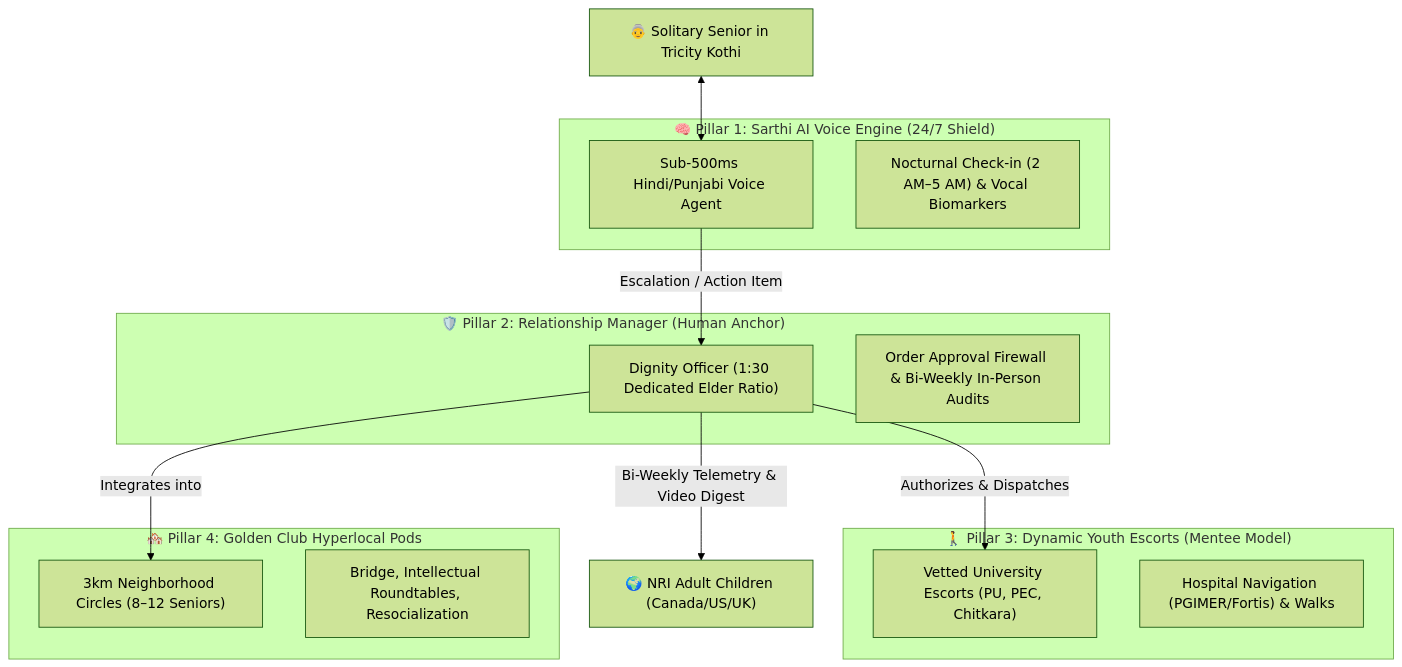
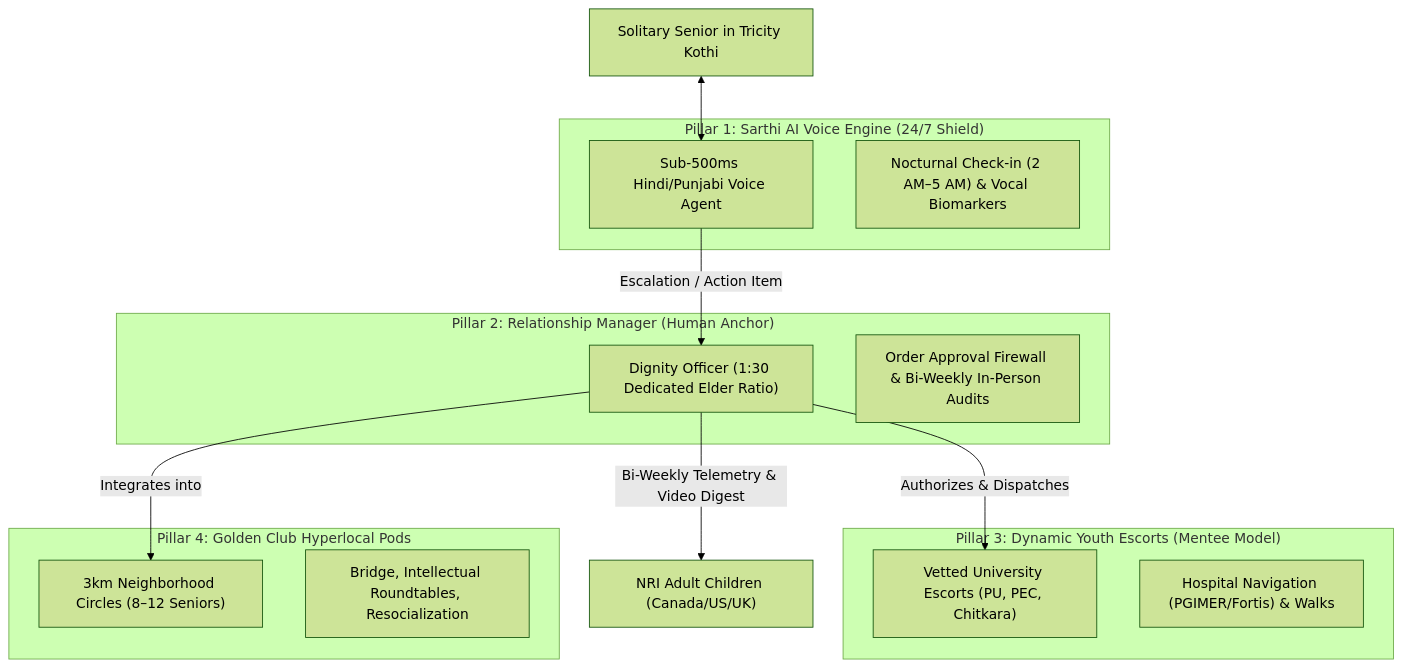
Before and after one commit to sagar-anmol/gcfp: the diagram in wiki/src/content/docs/overview/executive-blueprint.md, drawn with Mermaid (forest theme). The commit also changed 20 other files, not shown here.

````diff
--- a/wiki/src/content/docs/overview/executive-blueprint.md
+++ b/wiki/src/content/docs/overview/executive-blueprint.md
@@ -44,30 +44,30 @@
 ```mermaid
 flowchart TD
-    Elder["👵 Solitary Senior in Tricity Kothi"]
+ Elder["Solitary Senior in Tricity Kothi"]
 
-    subgraph Pillar_1 ["🧠 Pillar 1: Sarthi AI Voice Engine (24/7 Shield)"]
+ subgraph Pillar_1 ["Pillar 1: Sarthi AI Voice Engine (24/7 Shield)"]
         Voice["Sub-500ms Hindi/Punjabi Voice Agent"]
         Bio["Nocturnal Check-in (2 AM–5 AM) & Vocal Biomarkers"]
     end
 
-    subgraph Pillar_2 ["🛡️ Pillar 2: Relationship Manager (Human Anchor)"]
+ subgraph Pillar_2 ["Pillar 2: Relationship Manager (Human Anchor)"]
         RM["Dignity Officer (1:30 Dedicated Elder Ratio)"]
         Gate["Order Approval Firewall & Bi-Weekly In-Person Audits"]
     end
 
-    subgraph Pillar_3 ["🚶 Pillar 3: Dynamic Youth Escorts (Mentee Model)"]
+ subgraph Pillar_3 ["Pillar 3: Dynamic Youth Escorts (Mentee Model)"]
         Pals["Vetted University Escorts (PU, PEC, Chitkara)"]
         Escort["Hospital Navigation (PGIMER/Fortis) & Walks"]
     end
 
-    subgraph Pillar_4 ["🏘️ Pillar 4: Golden Club Hyperlocal Pods"]
+ subgraph Pillar_4 ["Pillar 4: Golden Club Hyperlocal Pods"]
         Pods["3km Neighborhood Circles (8–12 Seniors)"]
         Social["Bridge, Intellectual Roundtables, Resocialization"]
     end
 
     Elder <--> Voice
     Voice -->|Escalation / Action Item| RM
     RM -->|Authorizes & Dispatches| Pals
     RM -->|Integrates into| Pods
-    RM -->|Bi-Weekly Telemetry & Video Digest| NRI["🌍 NRI Adult Children (Canada/US/UK)"]
+ RM -->|Bi-Weekly Telemetry & Video Digest| NRI["NRI Adult Children (Canada/US/UK)"]
 ```
````
